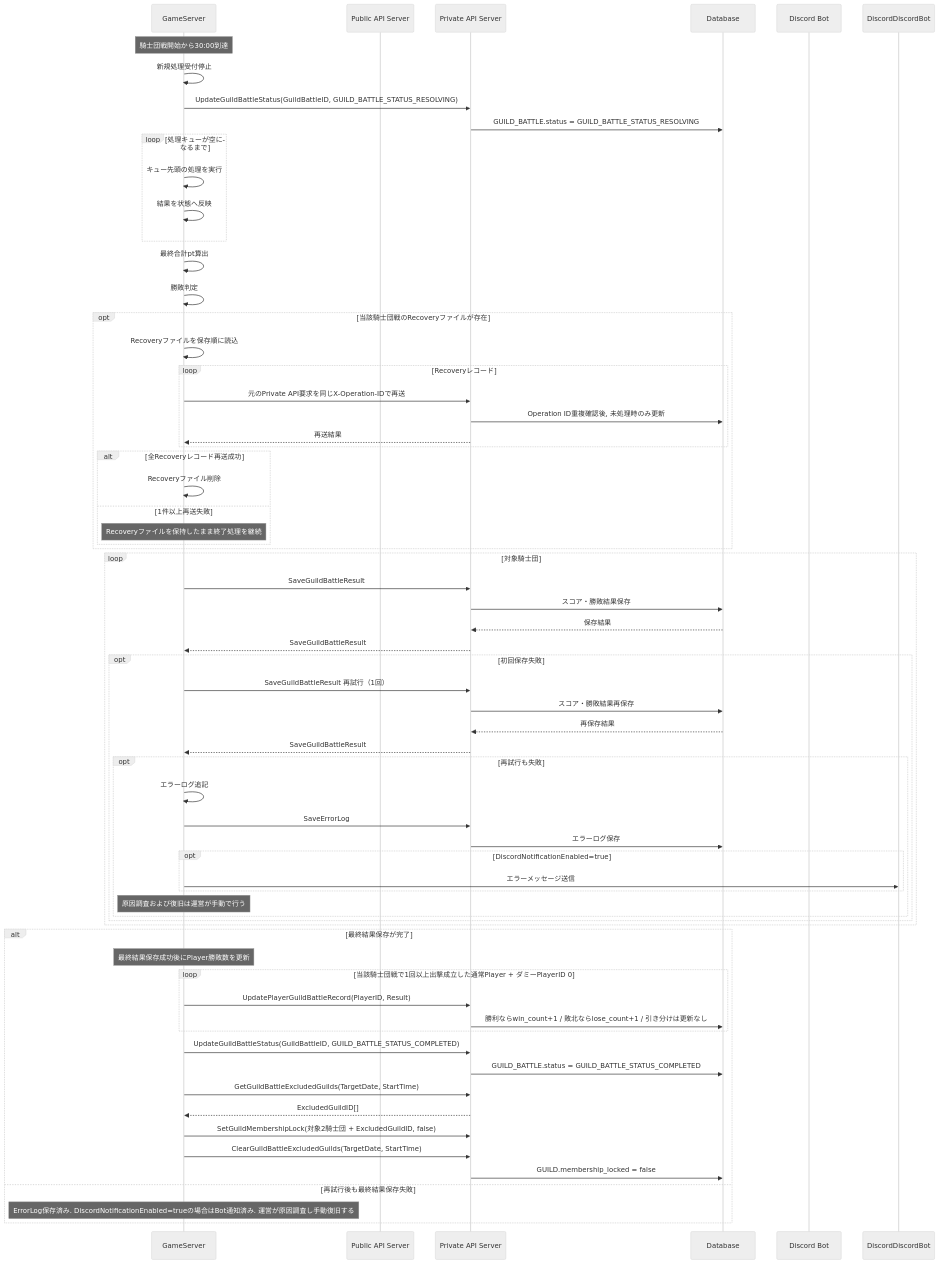
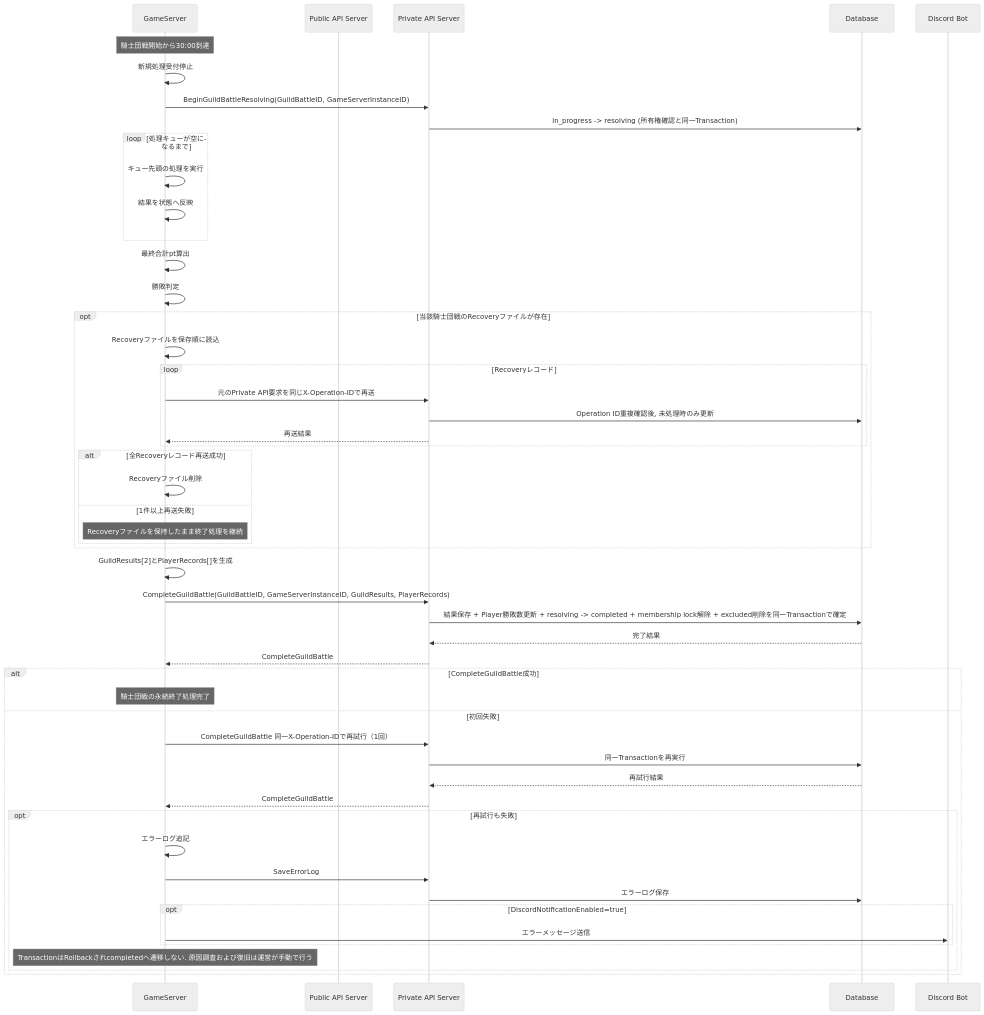
Diagram 13 of 13 in design/server/guild_battle.md (ReHydrangeaOdyssey/Specifications), drawn with Mermaid (neutral theme) before and after one commit. The commit also changed other lines of this file and 10 other files, not shown here.

````diff
--- a/design/server/guild_battle.md
+++ b/design/server/guild_battle.md
@@ -627,77 +624,60 @@
 ```mermaid
 sequenceDiagram
     participant GameServer
     participant PublicAPIServer as Public API Server
     participant PrivateAPIServer as Private API Server
     participant Database
     participant DiscordBot as Discord Bot
 
     Note over GameServer: 騎士団戦開始から30:00到達
 
     GameServer->>GameServer: 新規処理受付停止
-    GameServer->>PrivateAPIServer: UpdateGuildBattleStatus(GuildBattleID, GUILD_BATTLE_STATUS_RESOLVING)
-    PrivateAPIServer->>Database: GUILD_BATTLE.status = GUILD_BATTLE_STATUS_RESOLVING
+    GameServer->>PrivateAPIServer: BeginGuildBattleResolving(GuildBattleID, GameServerInstanceID)
+    PrivateAPIServer->>Database: in_progress -> resolving (所有権確認と同一Transaction)
 
     loop 処理キューが空になるまで
         GameServer->>GameServer: キュー先頭の処理を実行
         GameServer->>GameServer: 結果を状態へ反映
     end
 
     GameServer->>GameServer: 最終合計pt算出
     GameServer->>GameServer: 勝敗判定
 
     opt 当該騎士団戦のRecoveryファイルが存在
         GameServer->>GameServer: Recoveryファイルを保存順に読込
         loop Recoveryレコード
             GameServer->>PrivateAPIServer: 元のPrivate API要求を同じX-Operation-IDで再送
             PrivateAPIServer->>Database: Operation ID重複確認後, 未処理時のみ更新
             PrivateAPIServer-->>GameServer: 再送結果
         end
         alt 全Recoveryレコード再送成功
             GameServer->>GameServer: Recoveryファイル削除
         else 1件以上再送失敗
             Note over GameServer: Recoveryファイルを保持したまま終了処理を継続
         end
     end
 
-    loop 対象騎士団
-        GameServer->>PrivateAPIServer: SaveGuildBattleResult
-        PrivateAPIServer->>Database: スコア・勝敗結果保存
-        Database-->>PrivateAPIServer: 保存結果
-        PrivateAPIServer-->>GameServer: SaveGuildBattleResult
+    GameServer->>GameServer: GuildResults[2]とPlayerRecords[]を生成
+    GameServer->>PrivateAPIServer: CompleteGuildBattle(GuildBattleID, GameServerInstanceID, GuildResults, PlayerRecords)
+    PrivateAPIServer->>Database: 結果保存 + Player勝敗数更新 + resolving -> completed + membership lock解除 + excluded削除を同一Transactionで確定
+    Database-->>PrivateAPIServer: 完了結果
+    PrivateAPIServer-->>GameServer: CompleteGuildBattle
 
-        opt 初回保存失敗
-            GameServer->>PrivateAPIServer: SaveGuildBattleResult 再試行（1回）
-            PrivateAPIServer->>Database: スコア・勝敗結果再保存
-            Database-->>PrivateAPIServer: 再保存結果
-            PrivateAPIServer-->>GameServer: SaveGuildBattleResult
-            opt 再試行も失敗
-                GameServer->>GameServer: エラーログ追記
-                GameServer->>PrivateAPIServer: SaveErrorLog
-                PrivateAPIServer->>Database: エラーログ保存
-                opt DiscordNotificationEnabled=true
-                    GameServer->>DiscordDiscordBot: エラーメッセージ送信
-                end
-                Note over GameServer: 原因調査および復旧は運営が手動で行う
+    alt CompleteGuildBattle成功
+        Note over GameServer: 騎士団戦の永続終了処理完了
+    else 初回失敗
+        GameServer->>PrivateAPIServer: CompleteGuildBattle 同一X-Operation-IDで再試行（1回）
+        PrivateAPIServer->>Database: 同一Transactionを再実行
+        Database-->>PrivateAPIServer: 再試行結果
+        PrivateAPIServer-->>GameServer: CompleteGuildBattle
+        opt 再試行も失敗
+            GameServer->>GameServer: エラーログ追記
+            GameServer->>PrivateAPIServer: SaveErrorLog
+            PrivateAPIServer->>Database: エラーログ保存
+            opt DiscordNotificationEnabled=true
+                GameServer->>DiscordBot: エラーメッセージ送信
             end
+            Note over GameServer: TransactionはRollbackされcompletedへ遷移しない. 原因調査および復旧は運営が手動で行う
         end
     end
-
-
-    alt 最終結果保存が完了
-        Note over GameServer: 最終結果保存成功後にPlayer勝敗数を更新
-        loop 当該騎士団戦で1回以上出撃成立した通常Player + ダミーPlayerID 0
-            GameServer->>PrivateAPIServer: UpdatePlayerGuildBattleRecord(PlayerID, Result)
-            PrivateAPIServer->>Database: 勝利ならwin_count+1 / 敗北ならlose_count+1 / 引き分けは更新なし
-        end
-        GameServer->>PrivateAPIServer: UpdateGuildBattleStatus(GuildBattleID, GUILD_BATTLE_STATUS_COMPLETED)
-        PrivateAPIServer->>Database: GUILD_BATTLE.status = GUILD_BATTLE_STATUS_COMPLETED
-        GameServer->>PrivateAPIServer: GetGuildBattleExcludedGuilds(TargetDate, StartTime)
-        PrivateAPIServer-->>GameServer: ExcludedGuildID[]
-        GameServer->>PrivateAPIServer: SetGuildMembershipLock(対象2騎士団 + ExcludedGuildID, false)
-        GameServer->>PrivateAPIServer: ClearGuildBattleExcludedGuilds(TargetDate, StartTime)
-        PrivateAPIServer->>Database: GUILD.membership_locked = false
-    else 再試行後も最終結果保存失敗
-        Note over GameServer: ErrorLog保存済み. DiscordNotificationEnabled=trueの場合はBot通知済み. 運営が原因調査し手動復旧する
-    end
 ```
````
